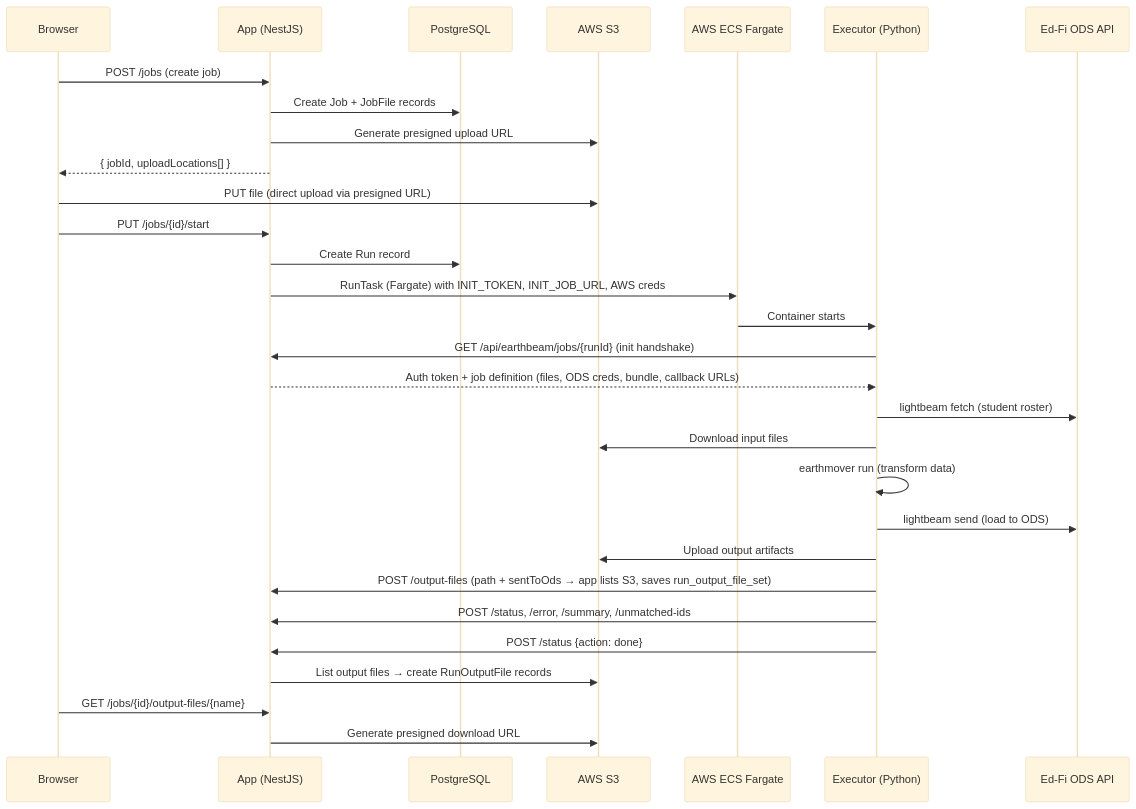
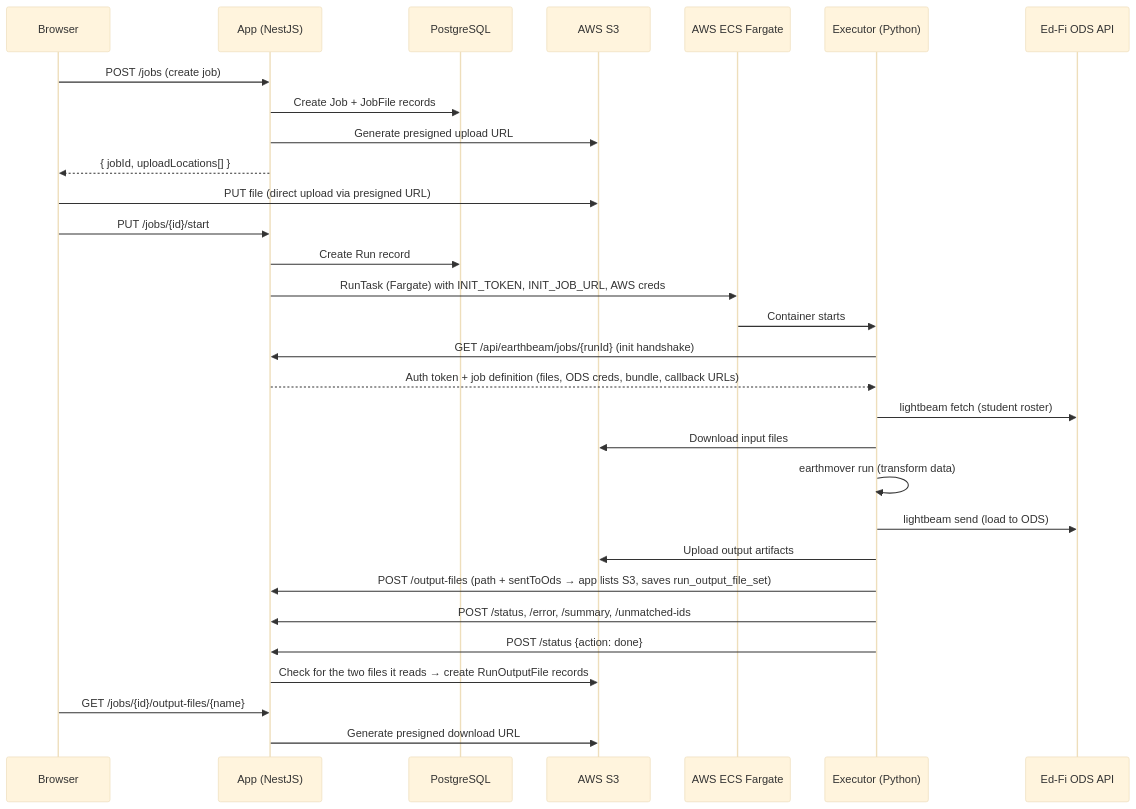
One commit to edanalytics/runway changed the first of 2 diagrams in AGENTS.md. Above: the diagram before and after it, drawn with Mermaid (base theme). The commit also changed other lines of this file, not shown here.

First line of the commit message:
document the live output listing and the two recorded output files

````diff
--- a/AGENTS.md
+++ b/AGENTS.md
@@ -106,40 +106,40 @@
 ```mermaid
 sequenceDiagram
     participant User as Browser
     participant App as App (NestJS)
     participant DB as PostgreSQL
     participant S3 as AWS S3
     participant ECS as AWS ECS Fargate
     participant Exec as Executor (Python)
     participant ODS as Ed-Fi ODS API
 
     User->>App: POST /jobs (create job)
     App->>DB: Create Job + JobFile records
     App->>S3: Generate presigned upload URL
     App-->>User: { jobId, uploadLocations[] }
 
     User->>S3: PUT file (direct upload via presigned URL)
 
     User->>App: PUT /jobs/{id}/start
     App->>DB: Create Run record
     App->>ECS: RunTask (Fargate) with INIT_TOKEN, INIT_JOB_URL, AWS creds
 
     ECS->>Exec: Container starts
     Exec->>App: GET /api/earthbeam/jobs/{runId} (init handshake)
     App-->>Exec: Auth token + job definition (files, ODS creds, bundle, callback URLs)
 
     Exec->>ODS: lightbeam fetch (student roster)
     Exec->>S3: Download input files
     Exec->>Exec: earthmover run (transform data)
     Exec->>ODS: lightbeam send (load to ODS)
     Exec->>S3: Upload output artifacts
     Exec->>App: POST /output-files (path + sentToOds → app lists S3, saves run_output_file_set)
 
     Exec->>App: POST /status, /error, /summary, /unmatched-ids
     Exec->>App: POST /status {action: done}
 
-    App->>S3: List output files → create RunOutputFile records
+    App->>S3: Check for the two files it reads → create RunOutputFile records
 
     User->>App: GET /jobs/{id}/output-files/{name}
     App->>S3: Generate presigned download URL
 ```
````
